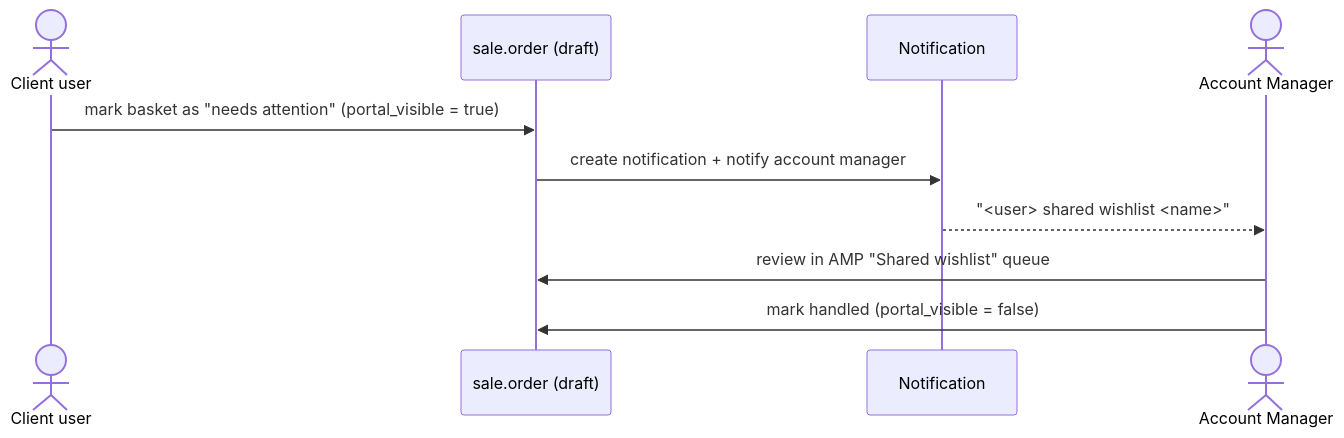
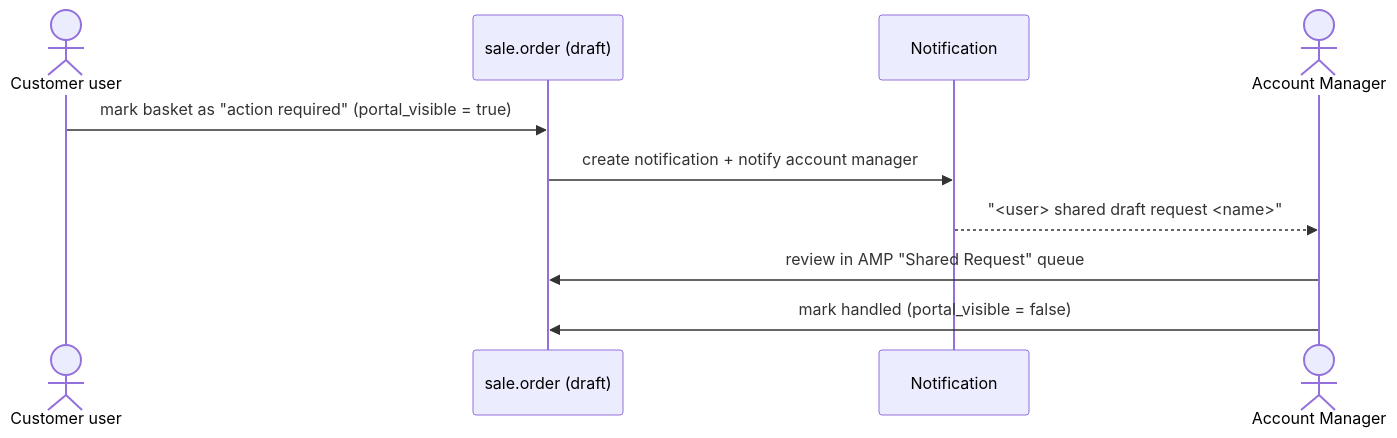
The third of 4 diagrams in docs/b2b_ecommerce_docs/_technical_docs/008-Order-Lifecycle.md (LaplaceSoftware/lp_projects_docs), drawn with Mermaid before and after one commit. The commit also changed other lines of this file and 48 other files, not shown here.

````diff
--- a/docs/b2b_ecommerce_docs/_technical_docs/008-Order-Lifecycle.md
+++ b/docs/b2b_ecommerce_docs/_technical_docs/008-Order-Lifecycle.md
@@ -137,13 +133,13 @@
 ```mermaid
 sequenceDiagram
-    actor C as Client user
+    actor C as Customer user
     participant O as sale.order (draft)
     participant N as Notification
     actor AM as Account Manager
 
-    C->>O: mark basket as "needs attention" (portal_visible = true)
+    C->>O: mark basket as "action required" (portal_visible = true)
     O->>N: create notification + notify account manager
-    N-->>AM: "<user> shared wishlist <name>"
-    AM->>O: review in AMP "Shared wishlist" queue
+    N-->>AM: "<user> shared draft request <name>"
+    AM->>O: review in AMP "Shared Request" queue
     AM->>O: mark handled (portal_visible = false)
 ```
````
